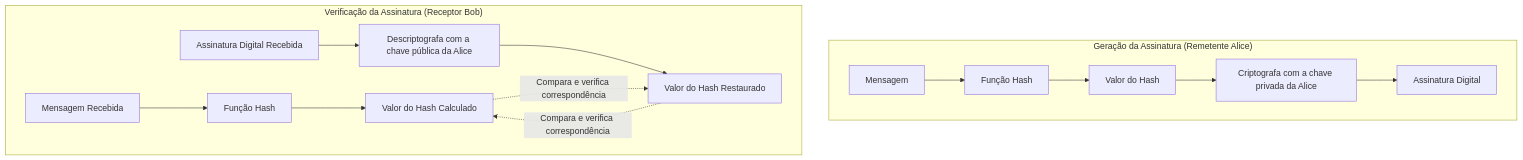
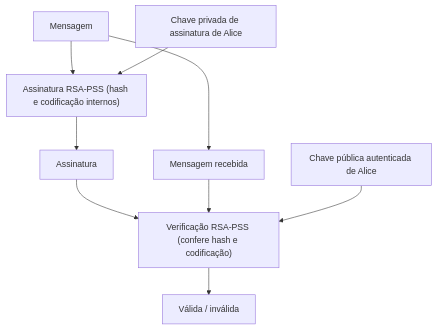
One commit to kenjinote/blog changed the second of 3 diagrams in content/post/modern-cryptography-public-key-hash-signature/index.pt.md. Above: the diagram before and after it, drawn with Mermaid. The commit also changed other lines of this file and 5 other files, not shown here.

````diff
--- a/content/post/modern-cryptography-public-key-hash-signature/index.pt.md
+++ b/content/post/modern-cryptography-public-key-hash-signature/index.pt.md
@@ -231,20 +217,11 @@
 ```mermaid
 graph TD
-    subgraph "Geração da Assinatura (Remetente Alice)"
-        M1["Mensagem"] --> H1["Função Hash"]
-        H1 --> Hash1["Valor do Hash"]
-        Hash1 --> Sign["Criptografa com a chave privada da Alice"]
-        Sign --> Sig["Assinatura Digital"]
-    end
-
-    subgraph "Verificação da Assinatura (Receptor Bob)"
-        M2["Mensagem Recebida"] --> H2["Função Hash"]
-        H2 --> Hash2["Valor do Hash Calculado"]
-        
-        Sig2["Assinatura Digital Recebida"] --> Ver["Descriptografa com a chave pública da Alice"]
-        Ver --> Hash3["Valor do Hash Restaurado"]
-        
-        Hash2 -.->|"Compara e verifica correspondência"| Hash3
-        Hash3 -.->|"Compara e verifica correspondência"| Hash2
-    end
+    M["Mensagem"] --> S["Assinatura RSA-PSS (hash e codificação internos)"]
+    SK["Chave privada de assinatura de Alice"] --> S
+    S --> SIG["Assinatura"]
+    M --> RM["Mensagem recebida"]
+    SIG --> V["Verificação RSA-PSS (confere hash e codificação)"]
+    RM --> V
+    PK["Chave pública autenticada de Alice"] --> V
+    V --> R["Válida / inválida"]
 ```
````
